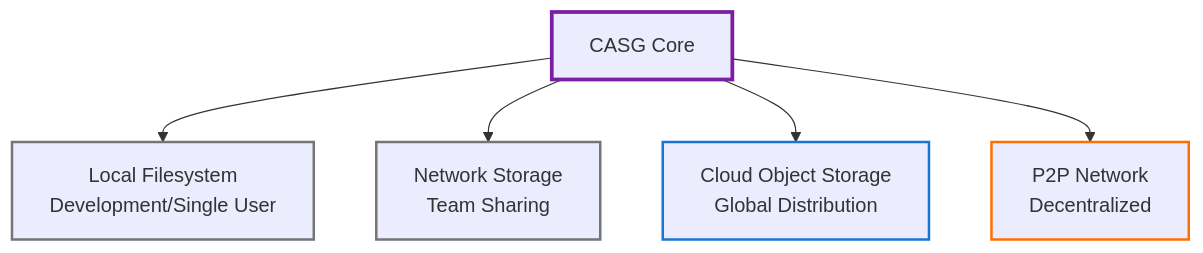
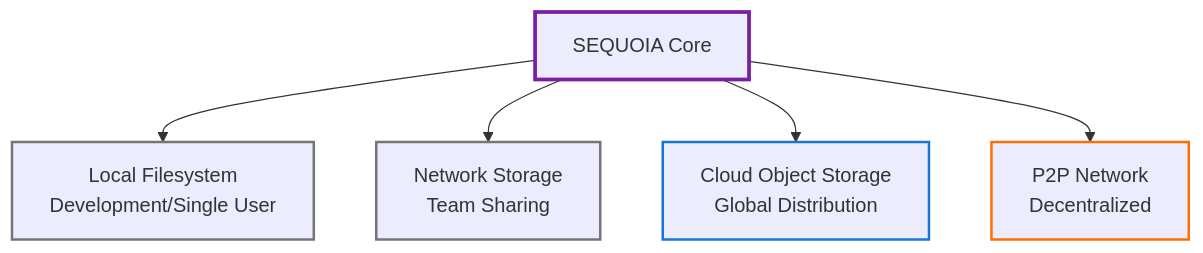
One commit to bfowle/talaria changed the ninth of 9 diagrams in docs/src/whitepapers/casg-architecture.md. Above: the diagram before and after it, drawn with Mermaid. The commit also changed other lines of this file and 472 other files, not shown here.

Commit message:
refactor!: major architectural overhaul of core systems

````diff
--- a/docs/src/whitepapers/casg-architecture.md
+++ b/docs/src/whitepapers/casg-architecture.md
@@ -544,20 +548,20 @@
 ```mermaid
 graph TD
-    CASG["CASG Core"]
+    SEQUOIA["SEQUOIA Core"]
 
     Local["Local Filesystem<br/>Development/Single User"]
     NFS["Network Storage<br/>Team Sharing"]
     S3["Cloud Object Storage<br/>Global Distribution"]
     IPFS["P2P Network<br/>Decentralized"]
 
-    CASG --> Local
-    CASG --> NFS
-    CASG --> S3
-    CASG --> IPFS
+    SEQUOIA --> Local
+    SEQUOIA --> NFS
+    SEQUOIA --> S3
+    SEQUOIA --> IPFS
 
-    style CASG stroke:#7b1fa2,stroke-width:3px
+    style SEQUOIA stroke:#7b1fa2,stroke-width:3px
     style Local stroke:#757575,stroke-width:2px
     style NFS stroke:#757575,stroke-width:2px
     style S3 stroke:#1976d2,stroke-width:2px
     style IPFS stroke:#ff6f00,stroke-width:2px
 ```
````
